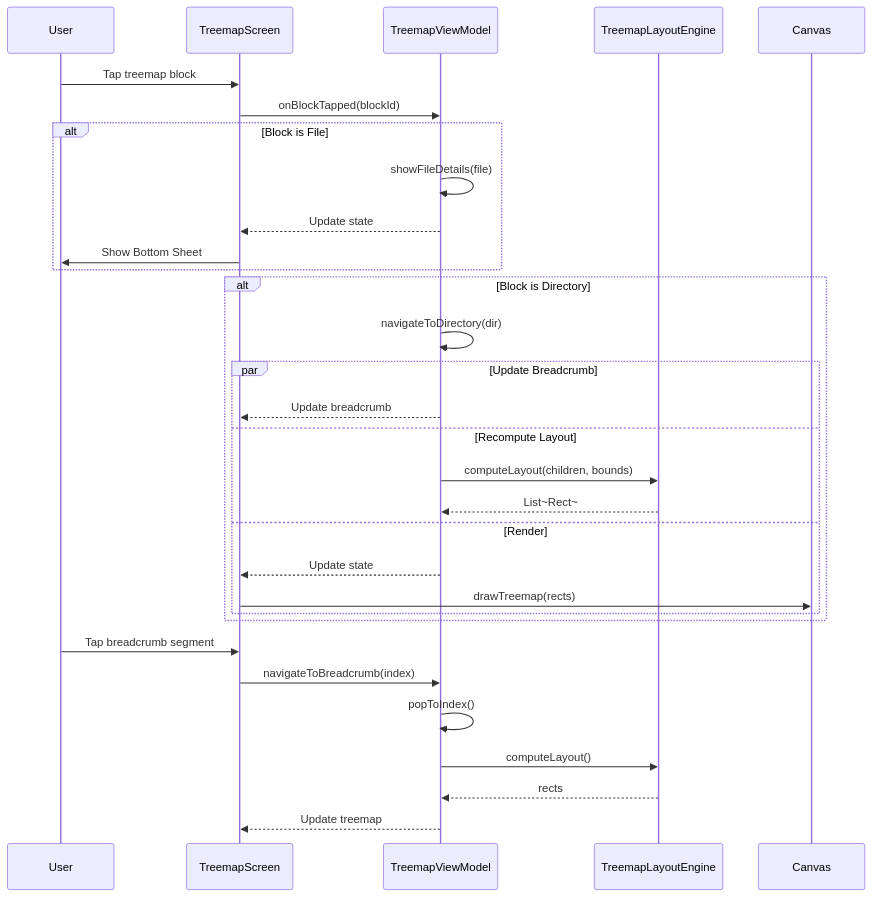
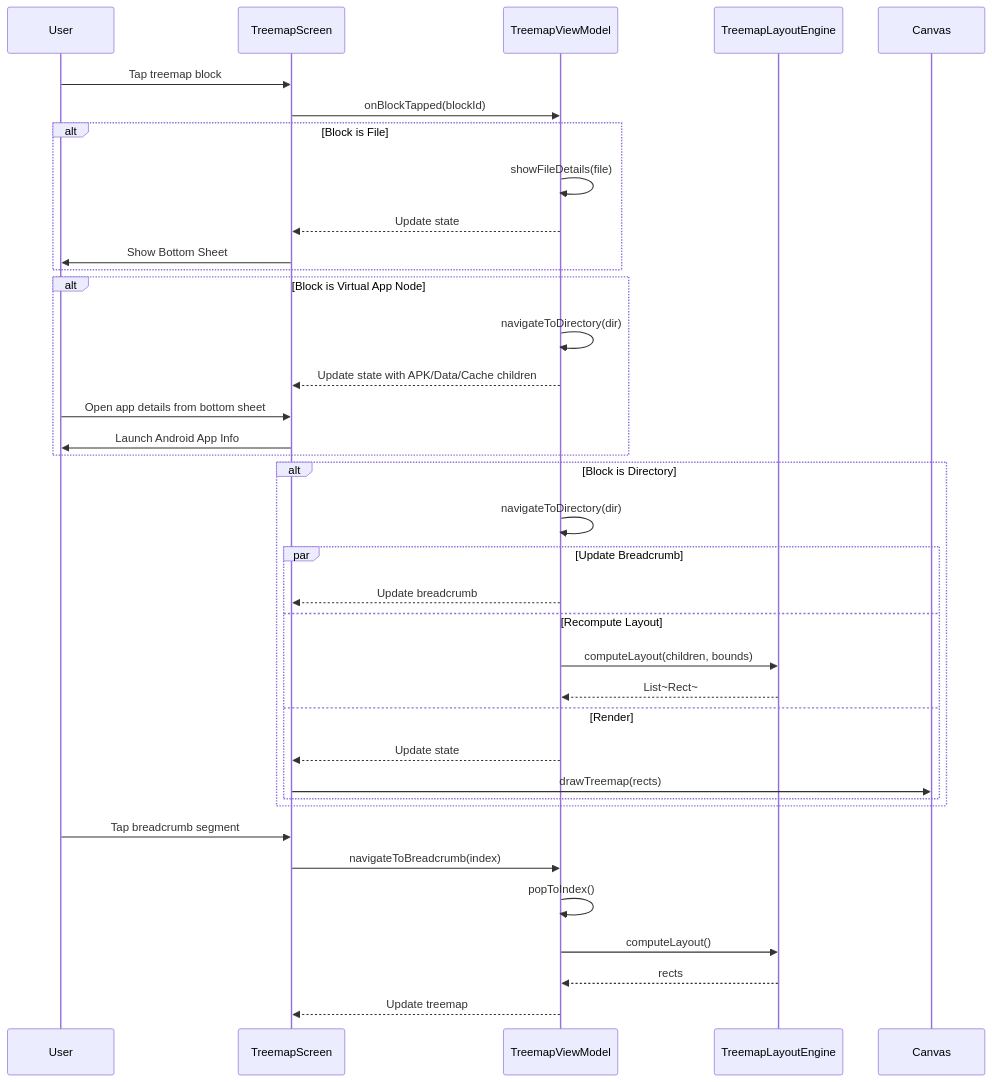
Before and after one commit to abhay-byte/Adirstat: the sixth of 13 diagrams in docs/DIAGRAMS.md, drawn with Mermaid. The commit also changed other lines of this file and 15 other files, not shown here.

Commit message:
Polish treemap labels and app details flows

````diff
--- a/docs/DIAGRAMS.md
+++ b/docs/DIAGRAMS.md
@@ -284,38 +286,45 @@
 ```mermaid
 sequenceDiagram
     participant User
     participant TreemapScreen
     participant TreemapViewModel
     participant TreemapLayoutEngine
     participant Canvas
     
     User->>TreemapScreen: Tap treemap block
     TreemapScreen->>TreemapViewModel: onBlockTapped(blockId)
     
     alt Block is File
         TreemapViewModel->>TreemapViewModel: showFileDetails(file)
         TreemapViewModel-->>TreemapScreen: Update state
         TreemapScreen->>User: Show Bottom Sheet
+    end
+
+    alt Block is Virtual App Node
+        TreemapViewModel->>TreemapViewModel: navigateToDirectory(dir)
+        TreemapViewModel-->>TreemapScreen: Update state with APK/Data/Cache children
+        User->>TreemapScreen: Open app details from bottom sheet
+        TreemapScreen->>User: Launch Android App Info
     end
     
     alt Block is Directory
         TreemapViewModel->>TreemapViewModel: navigateToDirectory(dir)
         
         par Update Breadcrumb
             TreemapViewModel-->>TreemapScreen: Update breadcrumb
         and Recompute Layout
             TreemapViewModel->>TreemapLayoutEngine: computeLayout(children, bounds)
             TreemapLayoutEngine-->>TreemapViewModel: List~Rect~
         and Render
             TreemapViewModel-->>TreemapScreen: Update state
             TreemapScreen->>Canvas: drawTreemap(rects)
         end
     end
     
     User->>TreemapScreen: Tap breadcrumb segment
     TreemapScreen->>TreemapViewModel: navigateToBreadcrumb(index)
     TreemapViewModel->>TreemapViewModel: popToIndex()
     TreemapViewModel->>TreemapLayoutEngine: computeLayout()
     TreemapLayoutEngine-->>TreemapViewModel: rects
     TreemapViewModel-->>TreemapScreen: Update treemap
 ```
````
